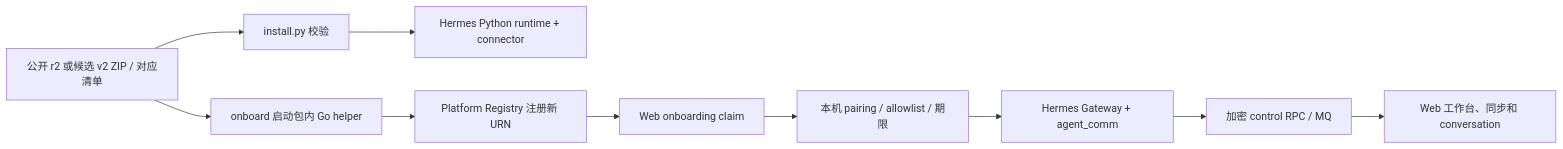
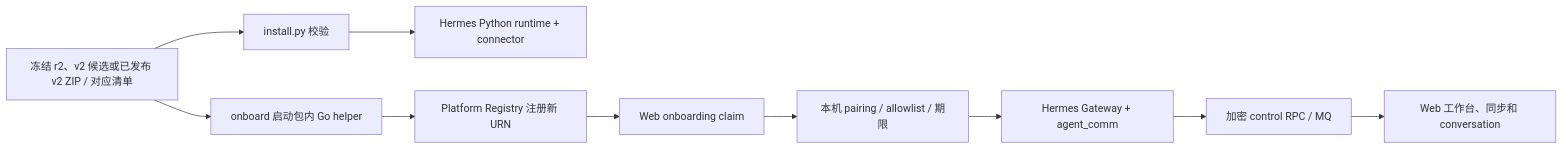
Diagram 30 of 30 in docs/testing/TEST_EXECUTION_GUIDE.md (BillShiyaoZhang/agent-collaboration-deploy), drawn with Mermaid before and after one commit. The commit also changed other lines of this file and 21 other files, not shown here.

```diff
--- a/docs/testing/TEST_EXECUTION_GUIDE.md
+++ b/docs/testing/TEST_EXECUTION_GUIDE.md
@@ -1169,12 +1169,12 @@
 ~~~mermaid
 flowchart LR
-    BUNDLE["公开 r2 或候选 v2 ZIP / 对应清单"] --> VERIFY["install.py 校验"]
+    BUNDLE["冻结 r2、v2 候选或已发布 v2 ZIP / 对应清单"] --> VERIFY["install.py 校验"]
     VERIFY --> PY["Hermes Python runtime + connector"]
     BUNDLE --> HELPER["onboard 启动包内 Go helper"]
     HELPER --> REGISTER["Platform Registry 注册新 URN"]
     REGISTER --> CLAIM["Web onboarding claim"]
     CLAIM --> PAIR["本机 pairing / allowlist / 期限"]
     PAIR --> GATEWAY["Hermes Gateway + agent_comm"]
     GATEWAY --> RPC["加密 control RPC / MQ"]
     RPC --> WORKSPACE["Web 工作台、同步和 conversation"]
 ~~~
```
